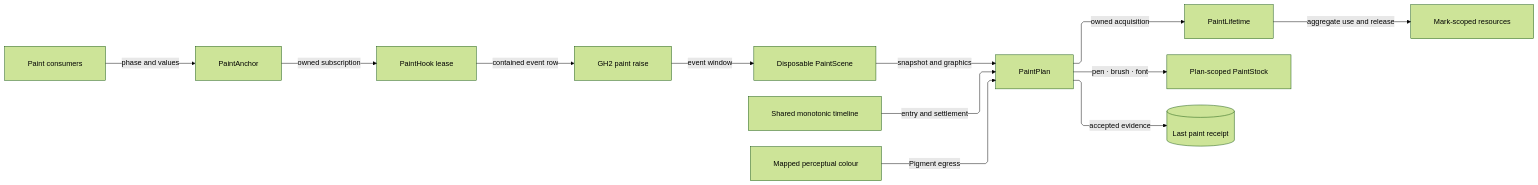
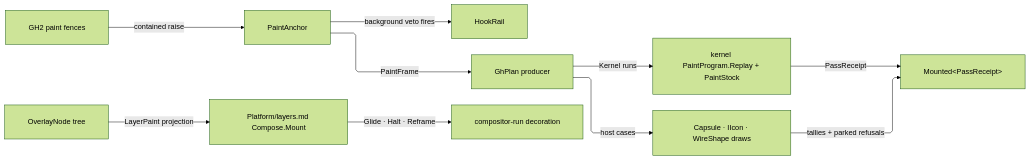
Before and after one commit to bsamiee/Rasm: the diagram in libs/csharp/Rasm.Grasshopper/.planning/Canvas/paint.md, drawn with Mermaid (forest theme). The commit also changed other lines of this file and 818 other files, not shown here.

````diff
--- a/libs/csharp/Rasm.Grasshopper/.planning/Canvas/paint.md
+++ b/libs/csharp/Rasm.Grasshopper/.planning/Canvas/paint.md
@@ -1219,23 +283,21 @@
 ```mermaid
 ---
 config:
   layout: elk
   flowchart:
     curve: linear
     padding: 25
 ---
 flowchart LR
-    accTitle: Paint resource ownership flow
-    accDescr: A canvas paint raise creates one disposable scene, executes declarative marks with monotonic evidence, and routes every cached or temporary resource to its exact release owner.
-    Painter["Paint consumers"] -->|phase and values| Anchor["PaintAnchor"]
-    Anchor -->|owned subscription| Hook["PaintHook lease"]
-    Hook -->|contained event row| Host["GH2 paint raise"]
-    Host -->|event window| Scene["Disposable PaintScene"]
-    Scene -->|snapshot and graphics| Plan["PaintPlan"]
-    Timeline["Shared monotonic timeline"] -->|entry and settlement| Plan
-    Kernel["Mapped perceptual colour"] -->|Pigment egress| Plan
-    Plan -->|owned acquisition| Lifetime["PaintLifetime"]
-    Lifetime -->|aggregate use and release| Temporary["Mark-scoped resources"]
-    Plan -->|pen · brush · font| Stock["Plan-scoped PaintStock"]
-    Plan -->|accepted evidence| Receipt[("Last paint receipt")]
+    accTitle: Paint composition at the Grasshopper boundary
+    accDescr: Host paint fences hand an event-scoped scene to the planned mount; the plan's kernel runs replay through the kernel paint program with its leased stock while host cases draw through GH2 renderers; the aggregate receipt lands on the mount capsule and compositor-resident overlays glide with zero paint passes.
+    Fence["GH2 paint fences"] -->|"contained raise"| Anchor["PaintAnchor"]
+    Anchor -->|"background veto fires"| Rail["HookRail"]
+    Anchor -->|"PaintFrame"| Plan["GhPlan producer"]
+    Plan -->|"Kernel runs"| Program["kernel PaintProgram.Replay + PaintStock"]
+    Plan -->|"host cases"| Host["Capsule · IIcon · WireShape draws"]
+    Program -->|"PassReceipt"| Capsule["Mounted&lt;PassReceipt&gt;"]
+    Host -->|"tallies + parked refusals"| Capsule
+    Overlay["OverlayNode tree"] -->|"LayerPaint projection"| Layers["Platform/layers.md Compose.Mount"]
+    Layers -->|"Glide · Halt · Reframe"| Motion["compositor-run decoration"]
 ```
````
